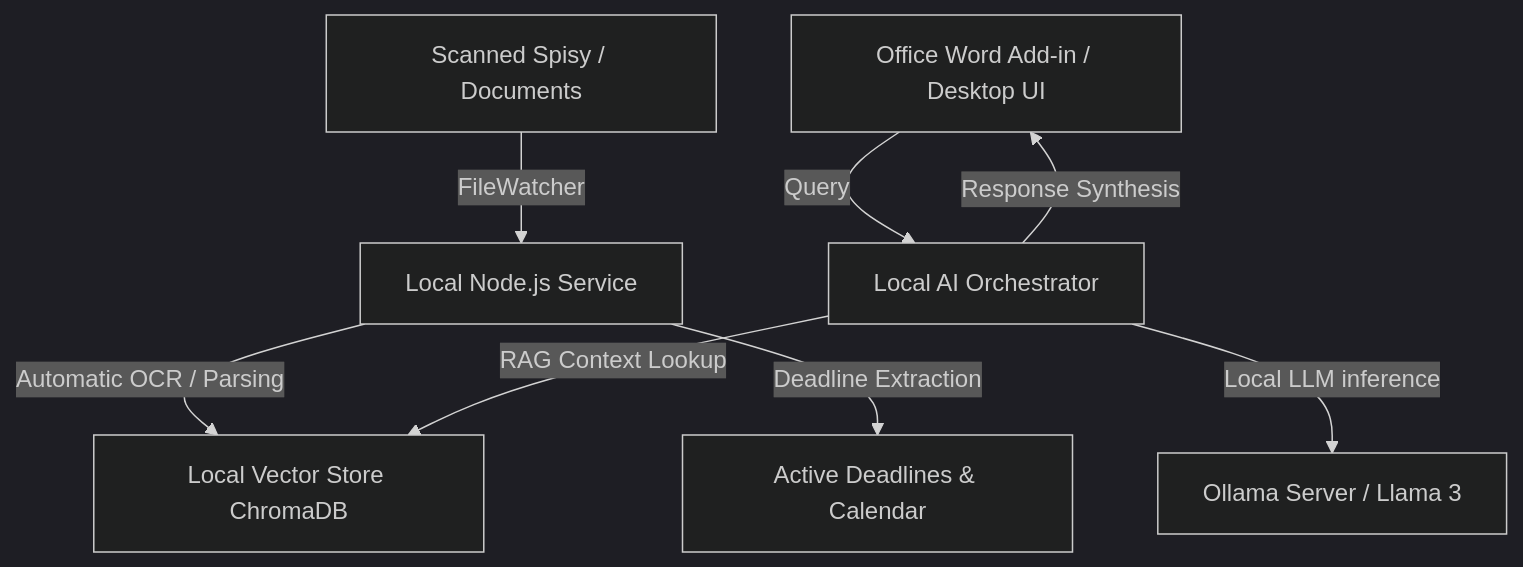
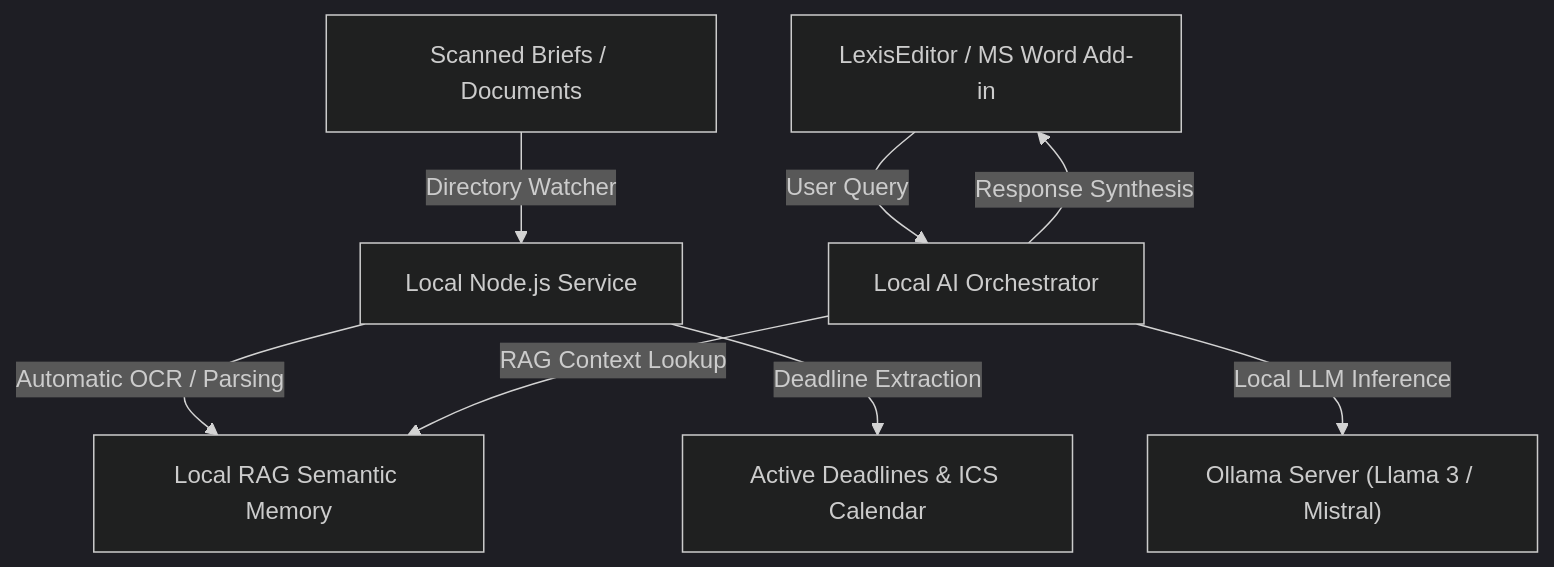
Before and after one commit to Zdenekdi/LexisLocal: the second of 2 diagrams in README.md, drawn with Mermaid (dark theme). The commit also changed other lines of this file, not shown here.

Commit message:
docs: rewrite README to include Czech localization and comprehensive architectural documentation

````diff
--- a/README.md
+++ b/README.md
@@ -10,10 +91,10 @@
 ```mermaid
 graph TD
-    A[Scanned Spisy / Documents] -->|FileWatcher | B[Local Node.js Service]
-    B -->|Automatic OCR / Parsing| C[Local Vector Store ChromaDB]
-    B -->|Deadline Extraction| D[Active Deadlines & Calendar]
-    E[Office Word Add-in / Desktop UI] -->|Query| F[Local AI Orchestrator]
+    A["Scanned Briefs / Documents"] -->|Directory Watcher| B["Local Node.js Service"]
+    B -->|Automatic OCR / Parsing| C["Local RAG Semantic Memory"]
+    B -->|Deadline Extraction| D["Active Deadlines & ICS Calendar"]
+    E["LexisEditor / MS Word Add-in"] -->|User Query| F["Local AI Orchestrator"]
     F -->|RAG Context Lookup| C
-    F -->|Local LLM inference| G[Ollama Server / Llama 3]
+    F -->|Local LLM Inference| G["Ollama Server (Llama 3 / Mistral)"]
     F -->|Response Synthesis| E
 ```
````
